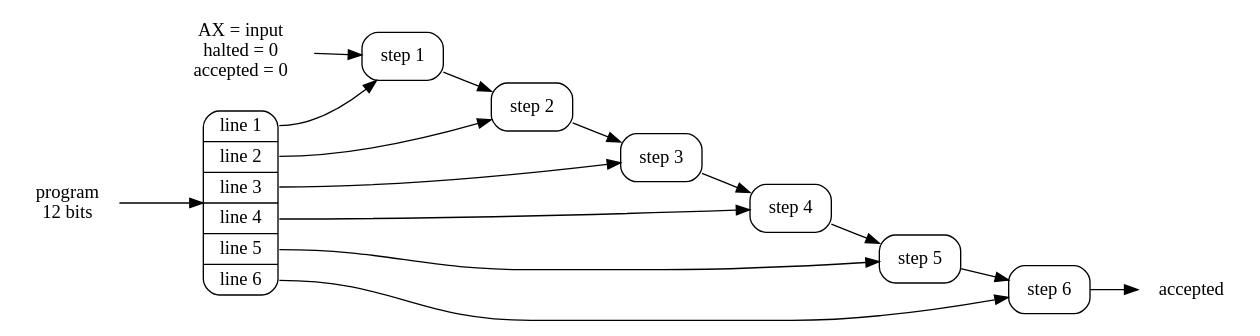
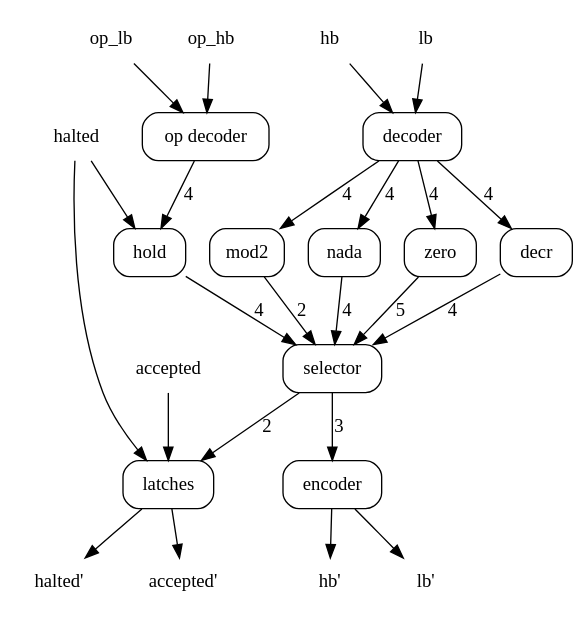
One commit to showell/cook-levin-riff changed the tenth of 16 diagrams in book/book.md. Above: the diagram before and after it, drawn with Graphviz. The commit also changed other lines of this file and 6 other files, not shown here.

````diff
--- a/book/book.md
+++ b/book/book.md
@@ -994,24 +991,49 @@
 ```dot
 digraph {
-  rankdir=LR;
+  rankdir=TB;
   node [shape=box, style=rounded];
-  start [shape=plaintext, label="AX = input\nhalted = 0\naccepted = 0"];
-  s1 [label="step 1"];
-  s2 [label="step 2"];
-  s3 [label="step 3"];
-  s4 [label="step 4"];
-  s5 [label="step 5"];
-  s6 [label="step 6"];
-  program [shape=plaintext, label="program\n12 bits"];
-  lines [shape=record, label="<l1> line 1|<l2> line 2|<l3> line 3|<l4> line 4|<l5> line 5|<l6> line 6"];
-  accepted [shape=plaintext, label="accepted"];
-  start -> s1 -> s2 -> s3 -> s4 -> s5 -> s6 -> accepted;
-  program -> lines;
-  lines:l1 -> s1;
-  lines:l2 -> s2;
-  lines:l3 -> s3;
-  lines:l4 -> s4;
-  lines:l5 -> s5;
-  lines:l6 -> s6;
+  i0 [shape=plaintext, label="hb"];
+  i1 [shape=plaintext, label="lb"];
+  i2 [shape=plaintext, label="op_hb"];
+  i3 [shape=plaintext, label="op_lb"];
+  i4 [shape=plaintext, label="halted"];
+  i5 [shape=plaintext, label="accepted"];
+  b0 [label="decoder"];
+  b1 [label="op decoder"];
+  b2 [label="hold"];
+  b3 [label="nada"];
+  b4 [label="zero"];
+  b5 [label="decr"];
+  b6 [label="mod2"];
+  b7 [label="selector"];
+  b8 [label="encoder"];
+  b9 [label="latches"];
+  o0 [shape=plaintext, label="hb'"];
+  o1 [shape=plaintext, label="lb'"];
+  o2 [shape=plaintext, label="halted'"];
+  o3 [shape=plaintext, label="accepted'"];
+  i0 -> b0;
+  i1 -> b0;
+  i2 -> b1;
+  i3 -> b1;
+  b1 -> b2 [label="4"];
+  i4 -> b2;
+  b0 -> b3 [label="4"];
+  b0 -> b4 [label="4"];
+  b0 -> b5 [label="4"];
+  b0 -> b6 [label="4"];
+  b2 -> b7 [label="4"];
+  b3 -> b7 [label="4"];
+  b4 -> b7 [label="5"];
+  b5 -> b7 [label="4"];
+  b6 -> b7 [label="2"];
+  b7 -> b8 [label="3"];
+  i4 -> b9;
+  b7 -> b9 [label="2"];
+  i5 -> b9;
+  b8 -> o0;
+  b8 -> o1;
+  b9 -> o2;
+  b9 -> o3;
 }
 ```
````
